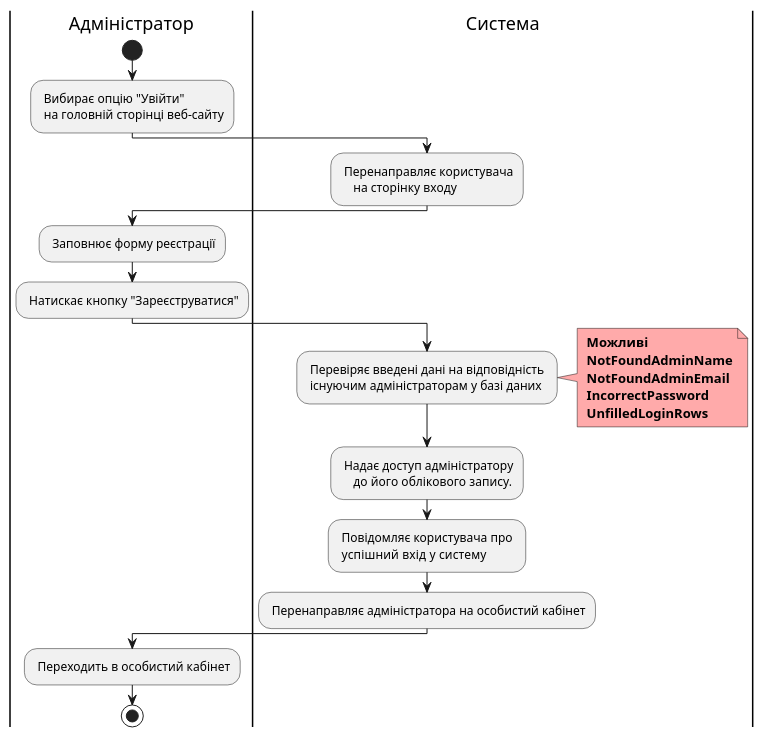
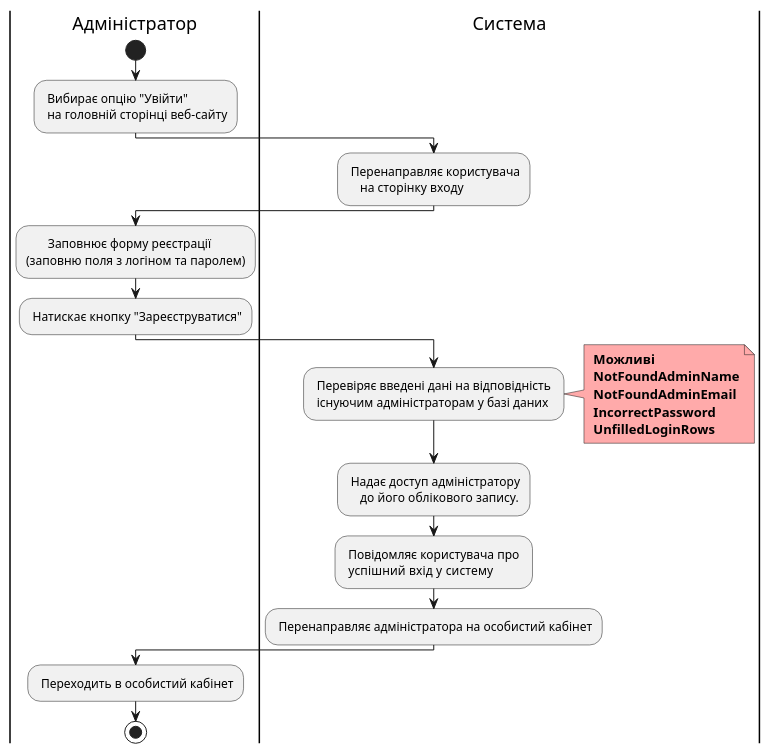
Before and after one commit to dimatortik/db-course-theme2: the diagram in docs/use cases/puml/use-case-13.puml, drawn with PlantUML. The commit also changed 7 other files, not shown here.

```diff
--- a/docs/use cases/puml/use-case-13.puml
+++ b/docs/use cases/puml/use-case-13.puml
@@ -8,27 +8,28 @@
 @startuml
     |Адміністратор|
         start;
         : Вибирає опцію "Увійти" \n на головній сторінці веб-сайту;
     |Система|
         : Перенаправляє користувача 
             на сторінку входу;
     |Адміністратор|
-        : Заповнює форму реєстрації;
+        :       Заповнює форму реєстрації
+        (заповню поля з логіном та паролем);
         : Натискає кнопку "Зареєструватися";
     |Система|
         : Перевіряє введені дані на відповідність \n існуючим адміністраторам у базі даних;
         note right #FFaaaa
         <b> Можливі
         <b> NotFoundAdminName
         <b> NotFoundAdminEmail
         <b> IncorrectPassword
         <b> UnfilledLoginRows
         end note
         : Надає доступ адміністратору 
             до його облікового запису.;
         : Повідомляє користувача про \n успішний  вхід у систему;
         : Перенаправляє адміністратора на особистий кабінет;
     |Адміністратор|
         : Переходить в особистий кабінет;
         stop;
 @enduml
```
